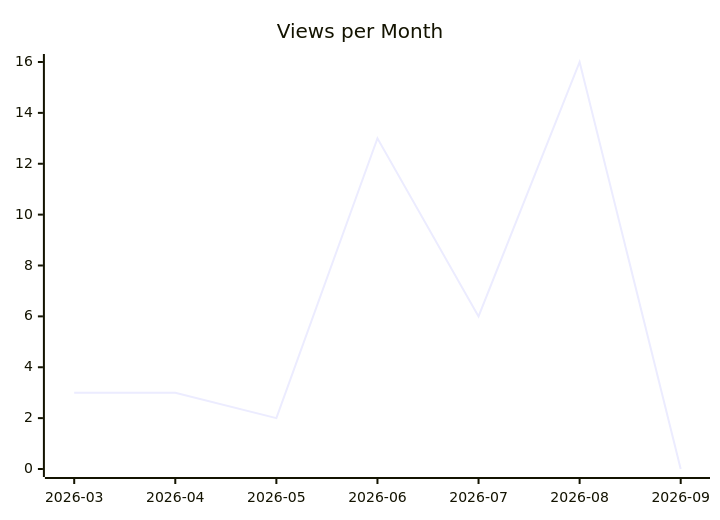
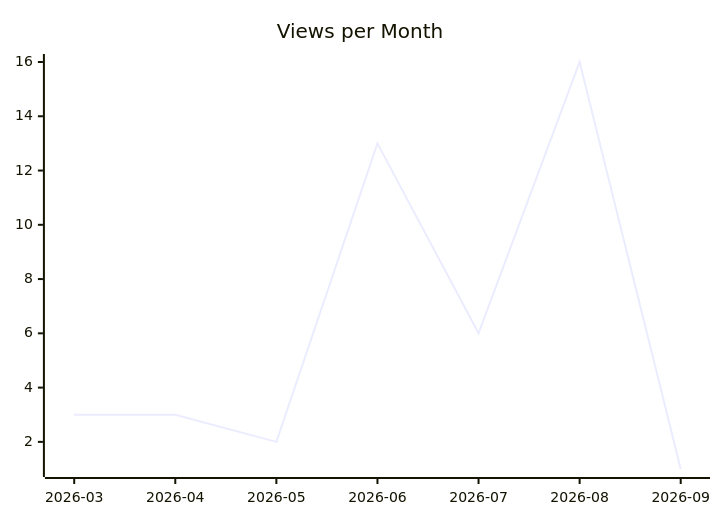
Before and after one commit to justdavis-family/github-analytics-data: the second of 3 diagrams in karlmdavis/rps-tourney/README.md, drawn with Mermaid. The commit also changed other lines of this file and 191 other files, not shown here.

````diff
--- a/karlmdavis/rps-tourney/README.md
+++ b/karlmdavis/rps-tourney/README.md
@@ -12,6 +12,6 @@
 ```mermaid
 xychart-beta
   title "Views per Month"
   x-axis ["2026-03", "2026-04", "2026-05", "2026-06", "2026-07", "2026-08", "2026-09"]
-  line [3, 3, 2, 13, 6, 16, 0]
+  line [3, 3, 2, 13, 6, 16, 1]
 ```
````
